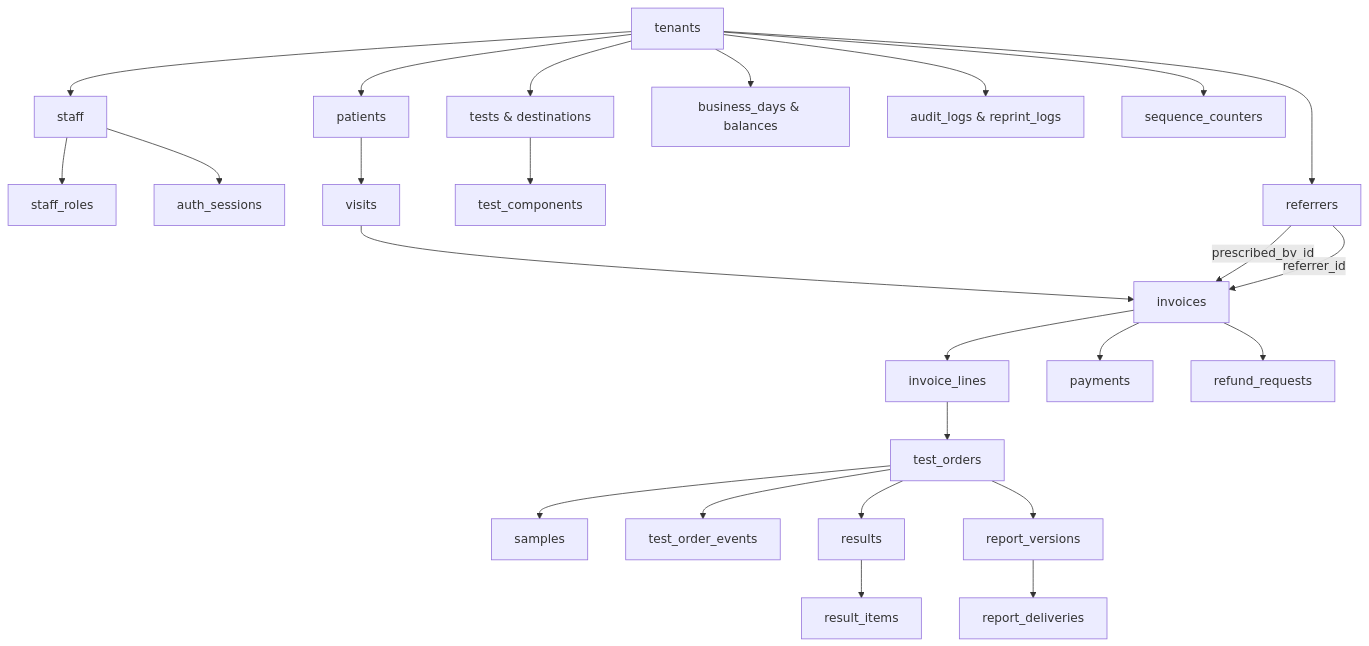
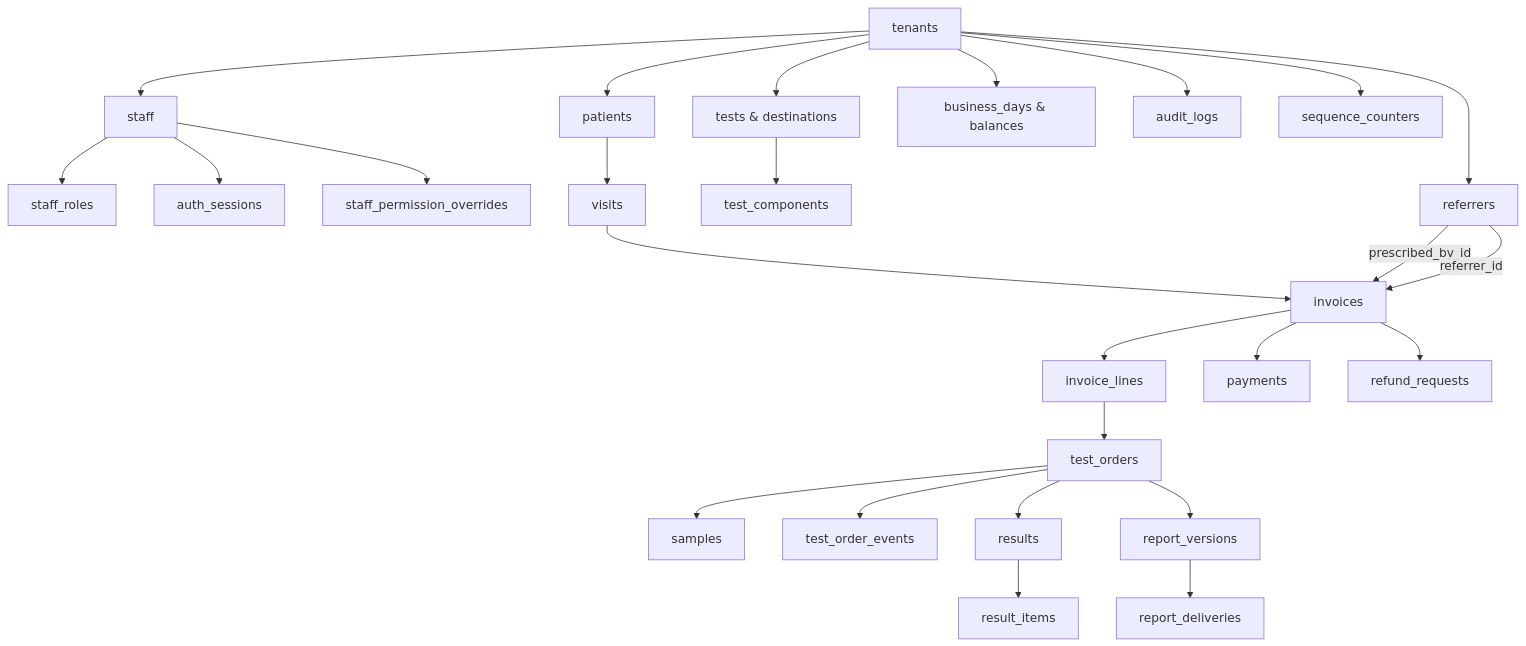
One commit to Wasihub1/medscope_dcms changed the diagram in docs/DATABASE.md. Above: the diagram before and after it, drawn with Mermaid. The commit also changed other lines of this file and 225 other files, not shown here.

````diff
--- a/docs/DATABASE.md
+++ b/docs/DATABASE.md
@@ -12,32 +16,33 @@
 ```mermaid
 flowchart TD
     Tenant[tenants] --> Staff[staff]
     Staff --> StaffRoles[staff_roles]
     Staff --> AuthSessions[auth_sessions]
+    Staff --> Overrides[staff_permission_overrides]
     Tenant --> Patients[patients]
     Tenant --> Referrers[referrers]
     Tenant --> Catalog[tests & destinations]
     Tenant --> Days[business_days & balances]
 
     Catalog --> Components[test_components]
 
     Patients --> Visits[visits]
     Visits --> Invoices[invoices]
     Referrers -->|prescribed_by_id| Invoices
     Referrers -->|referrer_id| Invoices
 
     Invoices --> Lines[invoice_lines]
     Invoices --> Payments[payments]
     Invoices --> Refunds[refund_requests]
 
     Lines --> Orders[test_orders]
     Orders --> Samples[samples]
     Orders --> Events[test_order_events]
     Orders --> Results[results]
     Results --> ResultItems[result_items]
     Orders --> Reports[report_versions]
     Reports --> Deliveries[report_deliveries]
 
-    Tenant --> Audit[audit_logs & reprint_logs]
+    Tenant --> Audit[audit_logs]
     Tenant --> Seq[sequence_counters]
 ```
````
